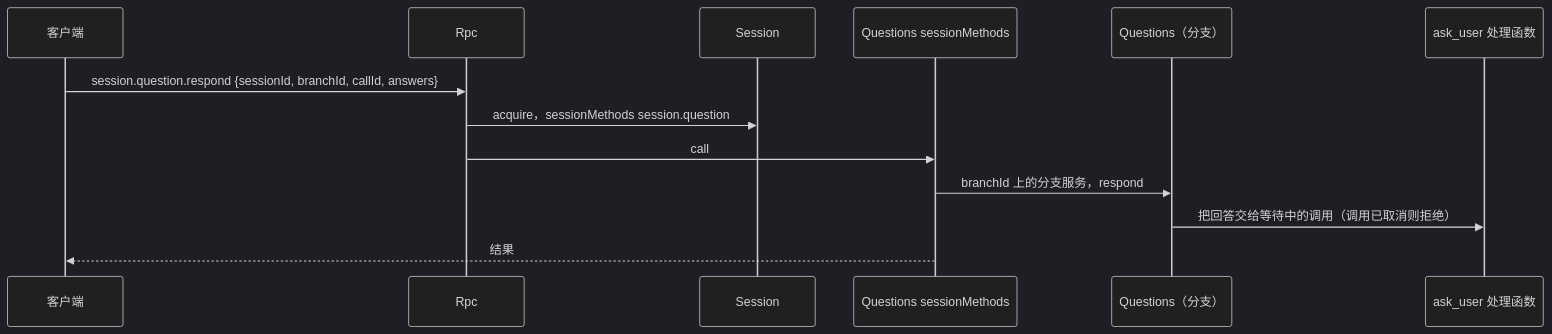
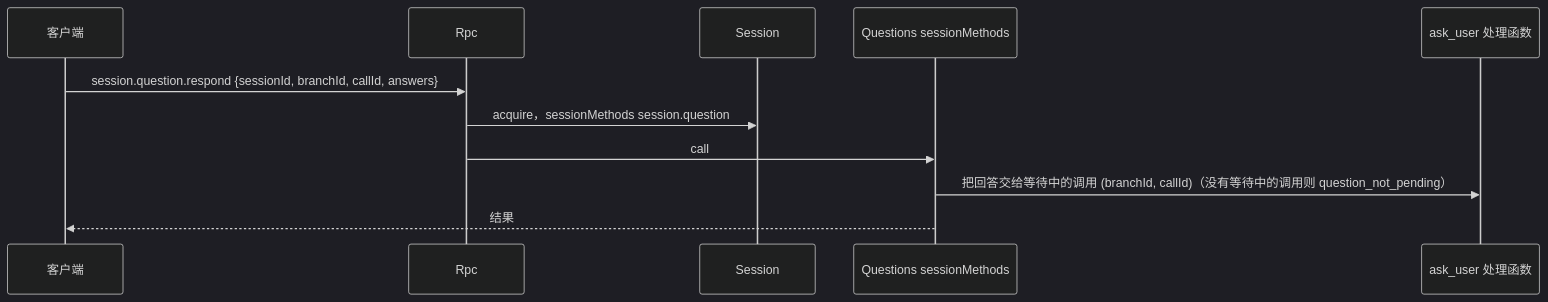
Before and after one commit to CoutinhoTTS/dim-agent: the sixth of 8 diagrams in docs/zh/design/overview.md, drawn with Mermaid (dark theme). The commit also changed other lines of this file and 11 other files, not shown here.

````diff
--- a/docs/zh/design/overview.md
+++ b/docs/zh/design/overview.md
@@ -253,15 +253,13 @@
 ```mermaid
 sequenceDiagram
   participant CL as 客户端
   participant Rpc as Rpc
   participant S as Session
   participant QS as Questions sessionMethods
-  participant QB as Questions（分支）
   participant H as ask_user 处理函数
   CL->>Rpc: session.question.respond {sessionId, branchId, callId, answers}
   Rpc->>S: acquire，sessionMethods session.question
   Rpc->>QS: call
-  QS->>QB: branchId 上的分支服务，respond
-  QB->>H: 把回答交给等待中的调用（调用已取消则拒绝）
+  QS->>H: 把回答交给等待中的调用 (branchId, callId)（没有等待中的调用则 question_not_pending）
   QS-->>CL: 结果
 ```
````
